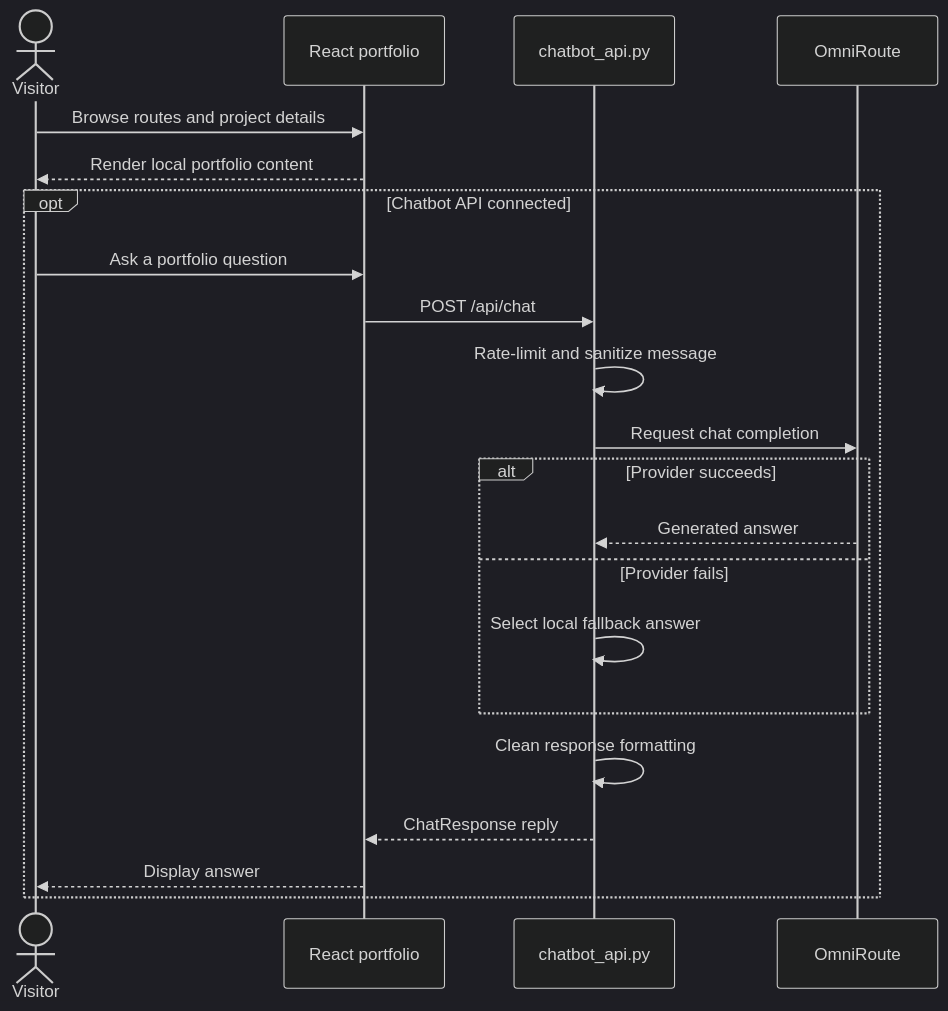
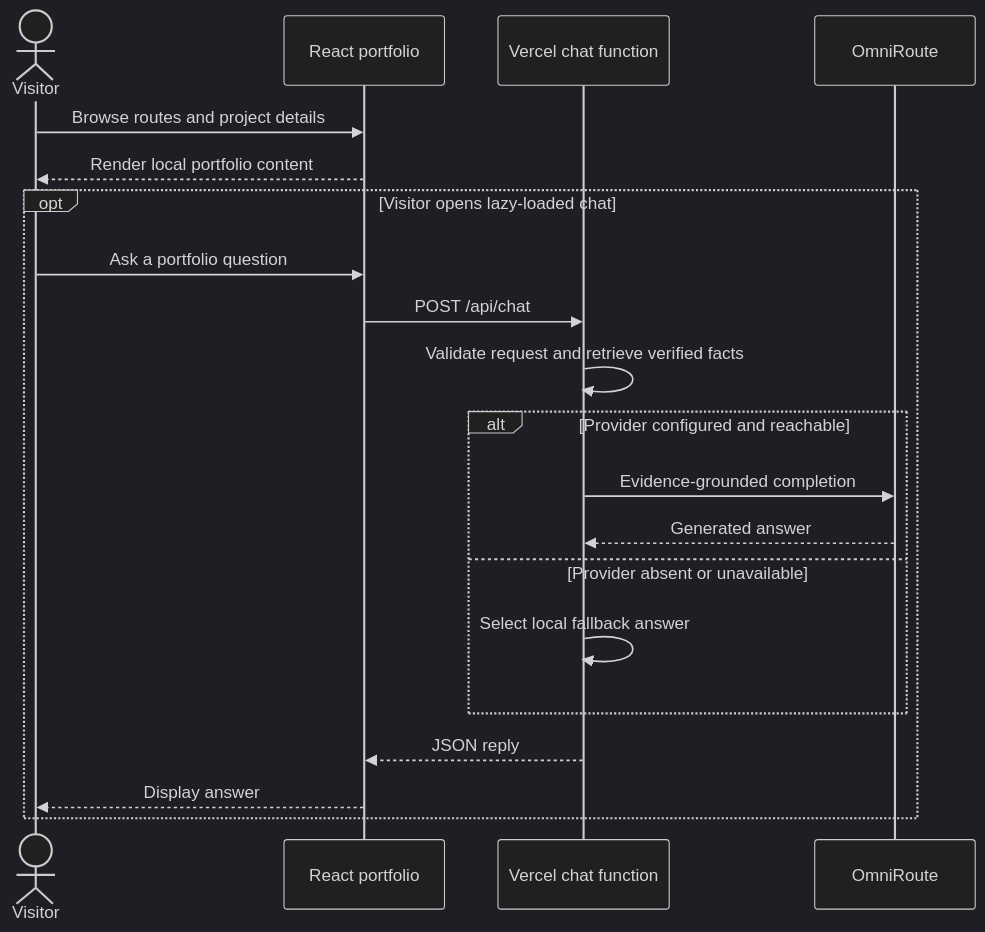
The second of 2 diagrams in README.md (IbrahimAbdelsattar/Ibrahim-Portfolio), drawn with Mermaid (dark theme) before and after one commit. The commit also changed other lines of this file and 21 other files, not shown here.

````diff
--- a/README.md
+++ b/README.md
@@ -56,23 +61,22 @@
 ```mermaid
 sequenceDiagram
     actor Visitor
     participant UI as React portfolio
-    participant API as chatbot_api.py
+    participant API as Vercel chat function
     participant Gateway as OmniRoute
     Visitor->>UI: Browse routes and project details
     UI-->>Visitor: Render local portfolio content
-    opt Chatbot API connected
+    opt Visitor opens lazy-loaded chat
         Visitor->>UI: Ask a portfolio question
         UI->>API: POST /api/chat
-        API->>API: Rate-limit and sanitize message
-        API->>Gateway: Request chat completion
-        alt Provider succeeds
+        API->>API: Validate request and retrieve verified facts
+        alt Provider configured and reachable
+            API->>Gateway: Evidence-grounded completion
             Gateway-->>API: Generated answer
-        else Provider fails
+        else Provider absent or unavailable
             API->>API: Select local fallback answer
         end
-        API->>API: Clean response formatting
-        API-->>UI: ChatResponse reply
+        API-->>UI: JSON reply
         UI-->>Visitor: Display answer
     end
 ```
````
